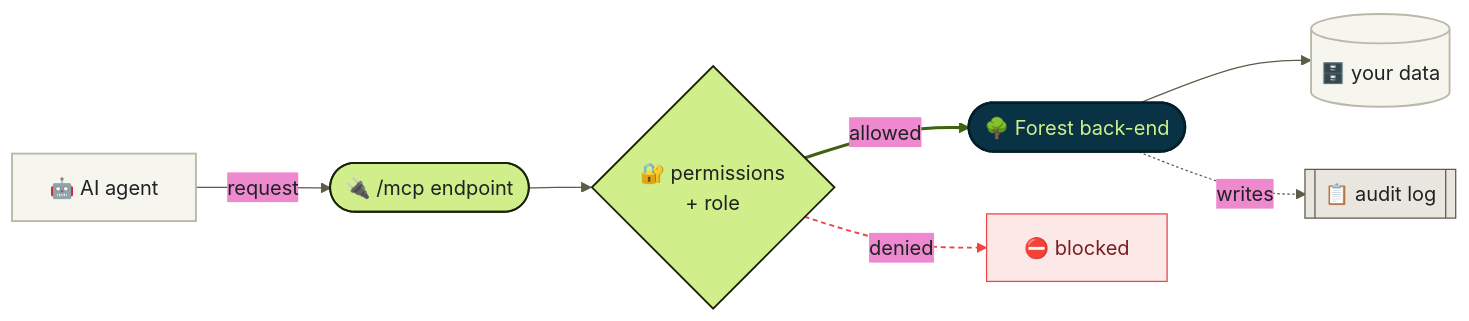
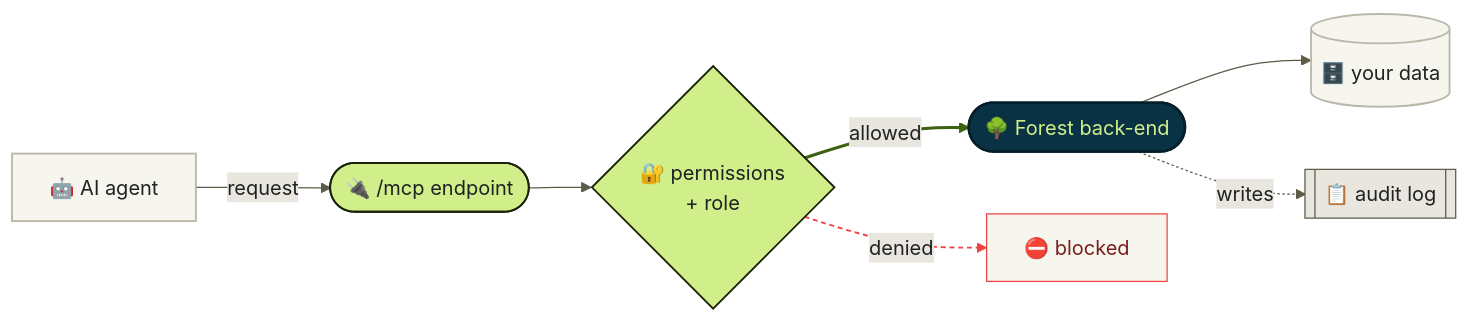
The fourth of 17 diagrams in legacy/diagram-drafts.mdx (ForestAdmin/docs), drawn with Mermaid before and after one commit. The commit also changed other lines of this file, not shown here.

Commit message:
docs(diagram-drafts): kill mermaid lavender default (mainBkg neutrals), class the decision node, de-pink danger

````diff
--- a/legacy/diagram-drafts.mdx
+++ b/legacy/diagram-drafts.mdx
@@ -89,23 +91,24 @@
 ```mermaid
 %%{init: {'theme':'base', 'themeVariables': {
+  'mainBkg':'#f6f5ee','secondaryColor':'#e9e6df','tertiaryColor':'#f6f5ee',
   'fontFamily':'Inter, system-ui, sans-serif',
   'primaryColor':'#d0ee89','primaryBorderColor':'#1a2208',
   'primaryTextColor':'#1f2223','lineColor':'#5c5c49'
 }}}%%
 flowchart LR
     AI["🤖 AI agent"] -->|request| EP(["🔌 /mcp endpoint"])
     EP --> Gate{"🔐 permissions<br/>+ role"}
     Gate -->|allowed| BE(["🌳 Forest back-end"])
     Gate -->|denied| X["⛔ blocked"]
     BE --> DB[("🗄️ your data")]
     BE -.->|writes| Log[["📋 audit log"]]
 
     classDef forest   fill:#d0ee89,stroke:#1a2208,stroke-width:1.5px,color:#1f2223;
     classDef core     fill:#093344,stroke:#031f2a,stroke-width:2px,color:#d0ee89;
     classDef external fill:#f6f5ee,stroke:#bab9a9,stroke-width:1.5px,color:#1f2223;
     classDef audit    fill:#e9e6df,stroke:#5c5c49,color:#1f2223;
-    classDef danger   fill:#fde8e8,stroke:#ef4444,color:#7a1f1f;
+    classDef danger   fill:#f6f5ee,stroke:#ef4444,color:#7a1f1f;
     class EP,Gate forest; class BE core; class AI,DB external; class Log audit; class X danger;
     linkStyle 2 stroke:#3f6212,stroke-width:2.5px;
     linkStyle 3 stroke:#ef4444,stroke-width:1.5px,stroke-dasharray:4 3;
 ```
````
